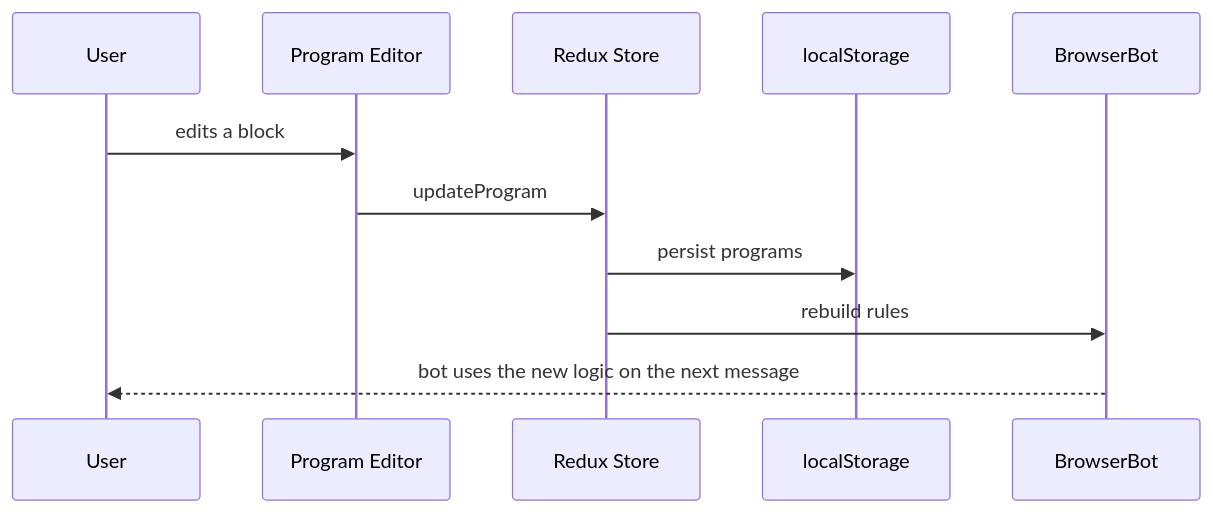
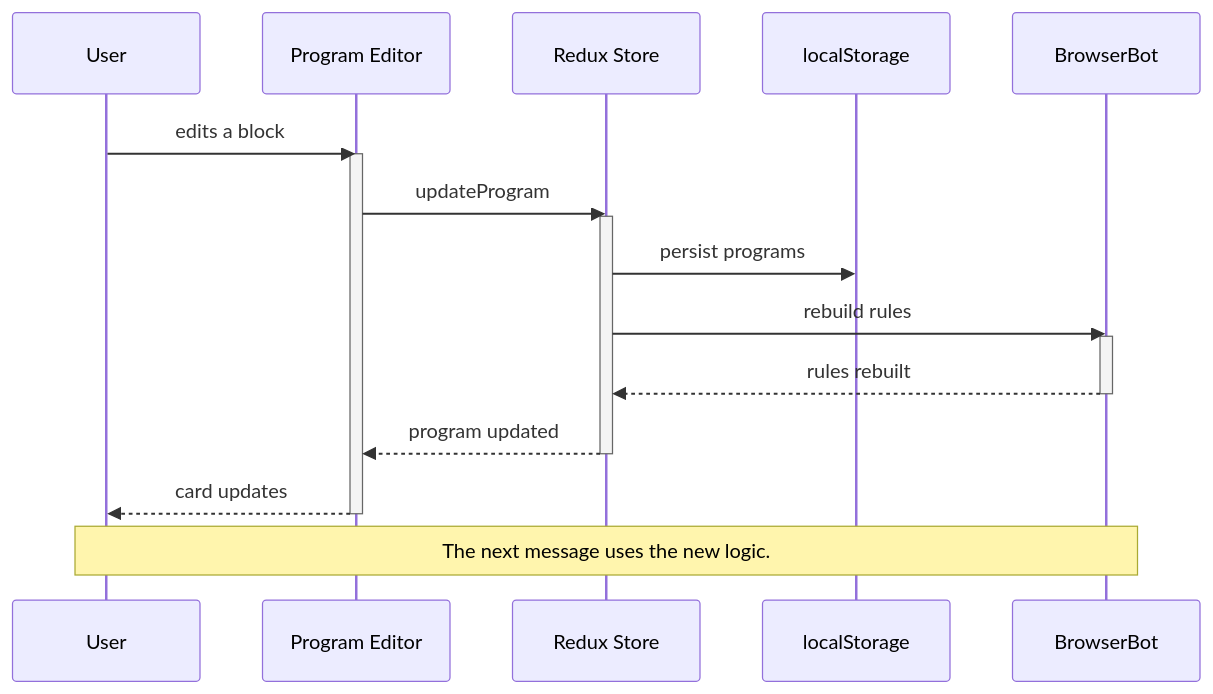
One commit to Jh123x/telegram-bot-on-browser changed the fifth of 5 diagrams in docs/ARCHITECTURE.md. Above: the diagram before and after it, drawn with Mermaid. The commit also changed other lines of this file, not shown here.

Commit message:
docs: use solid call arrows, activation blocks, and dotted returns in sequence diagrams

````diff
--- a/docs/ARCHITECTURE.md
+++ b/docs/ARCHITECTURE.md
@@ -159,14 +175,24 @@
 ```mermaid
 sequenceDiagram
   participant U as User
   participant E as Program Editor
   participant S as Redux Store
   participant LS as localStorage
   participant B as BrowserBot
 
   U->>E: edits a block
+  activate E
   E->>S: updateProgram
+  activate S
   S->>LS: persist programs
   S->>B: rebuild rules
-  B-->>U: bot uses the new logic on the next message
+  activate B
+  B-->>S: rules rebuilt
+  deactivate B
+  S-->>E: program updated
+  deactivate S
+  E-->>U: card updates
+  deactivate E
+
+  Note over B,U: The next message uses the new logic.
 ```
````
